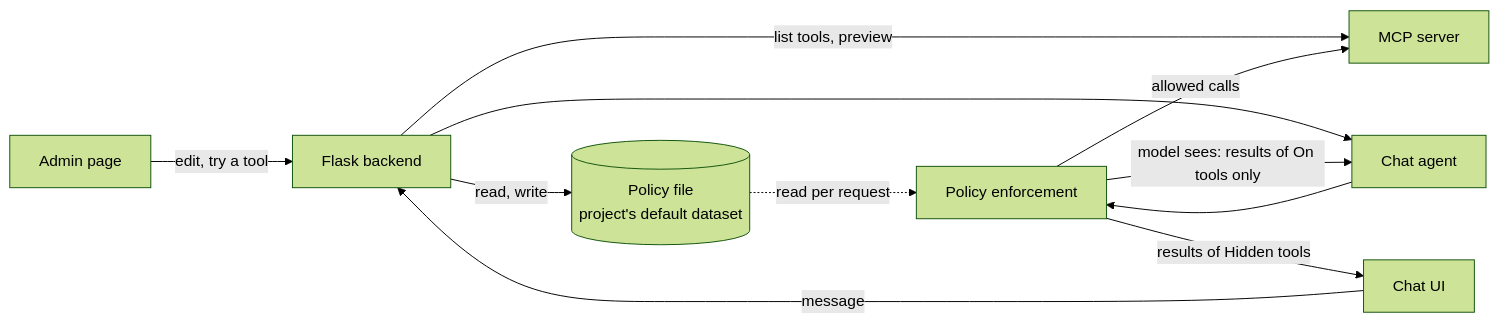
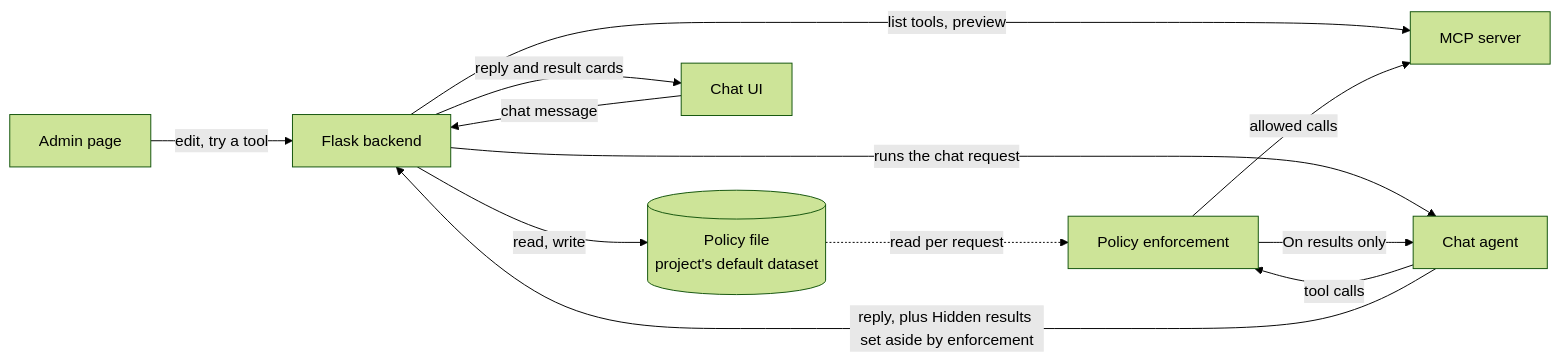
One commit to dominodatalab/clinical-data-explorer changed the first of 2 diagrams in ARCHITECTURE.md. Above: the diagram before and after it, drawn with Mermaid (forest theme). The commit also changed other lines of this file and 10 other files, not shown here.

````diff
--- a/ARCHITECTURE.md
+++ b/ARCHITECTURE.md
@@ -80,13 +80,14 @@
 ```mermaid
 flowchart LR
     Admin["Admin page"] -->|"edit, try a tool"| Backend["Flask backend"]
     Backend -->|"read, write"| File[("Policy file<br/>project's default dataset")]
     Backend -->|"list tools, preview"| MCP["MCP server"]
-    User["Chat UI"] -->|"message"| Backend
-    Backend --> Agent["Chat agent"]
-    Agent --> Enforce["Policy enforcement"]
+    User["Chat UI"] -->|"chat message"| Backend
+    Backend -->|"runs the chat request"| Agent["Chat agent"]
+    Agent -->|"tool calls"| Enforce["Policy enforcement"]
     Enforce -->|"allowed calls"| MCP
     File -.->|"read per request"| Enforce
-    Enforce -->|"model sees: results of On tools only"| Agent
-    Enforce -->|"results of Hidden tools"| User
+    Enforce -->|"On results only"| Agent
+    Agent -->|"reply, plus Hidden results set aside by enforcement"| Backend
+    Backend -->|"reply and result cards"| User
 ```
````
